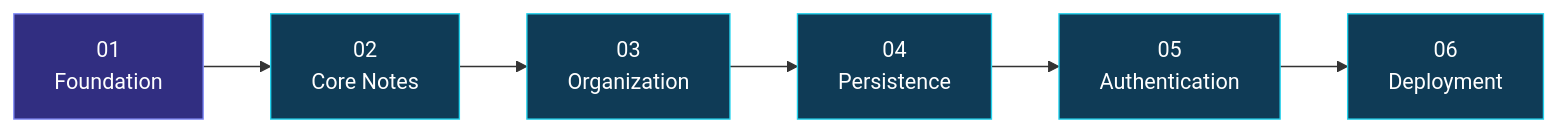
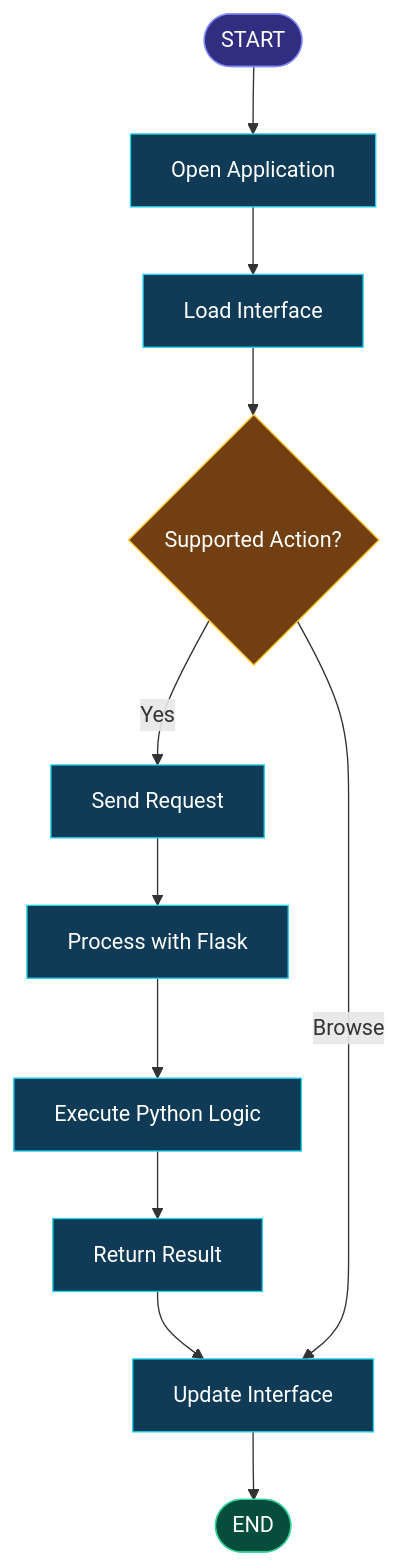
Before and after one commit to maahii-in/first-pratice-2021: the third of 5 diagrams in README.md, drawn with Mermaid. The commit also changed other lines of this file, not shown here.

````diff
--- a/README.md
+++ b/README.md
@@ -636,14 +527,28 @@
 ```mermaid
-flowchart LR
-    A["01<br/>Foundation"] --> B["02<br/>Core Notes"]
-    B --> C["03<br/>Organization"]
-    C --> D["04<br/>Persistence"]
-    D --> E["05<br/>Authentication"]
-    E --> F["06<br/>Deployment"]
+flowchart TD
+    A(["START"])
+    B["Open Application"]
+    C["Load Interface"]
+    D{"Supported Action?"}
+    E["Send Request"]
+    F["Process with Flask"]
+    G["Execute Python Logic"]
+    H["Return Result"]
+    I["Update Interface"]
+    J(["END"])
 
-    classDef foundation fill:#312E81,stroke:#818CF8,color:#FFFFFF
-    classDef future fill:#0F3B56,stroke:#22D3EE,color:#FFFFFF
+    A --> B --> C --> D
+    D -->|Yes| E --> F --> G --> H --> I
+    D -->|Browse| I
+    I --> J
 
-    class A foundation
-    class B,C,D,E,F future
+    classDef start fill:#312E81,stroke:#818CF8,color:#FFFFFF
+    classDef action fill:#0F3B56,stroke:#22D3EE,color:#FFFFFF
+    classDef decision fill:#713F12,stroke:#FBBF24,color:#FFFFFF
+    classDef finish fill:#064E3B,stroke:#34D399,color:#FFFFFF
+
+    class A start
+    class B,C,E,F,G,H,I action
+    class D decision
+    class J finish
 ```
````
